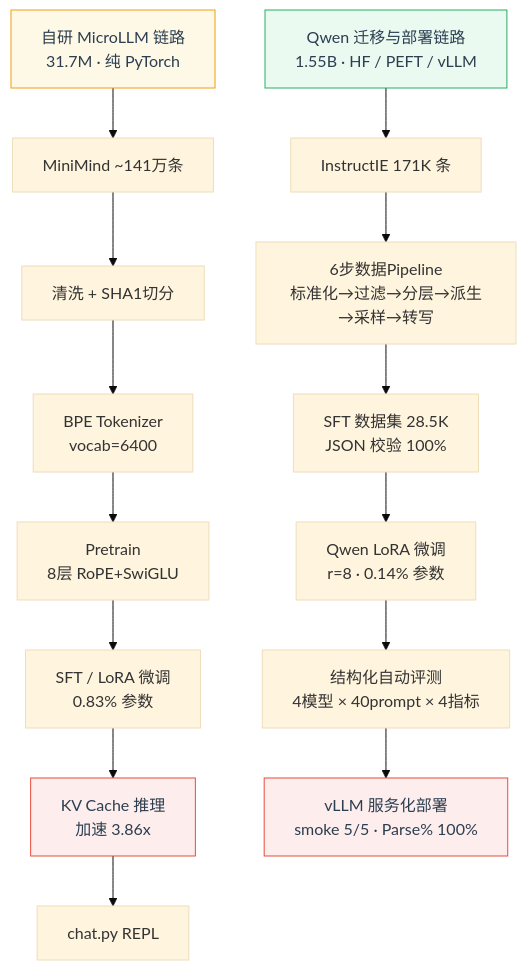
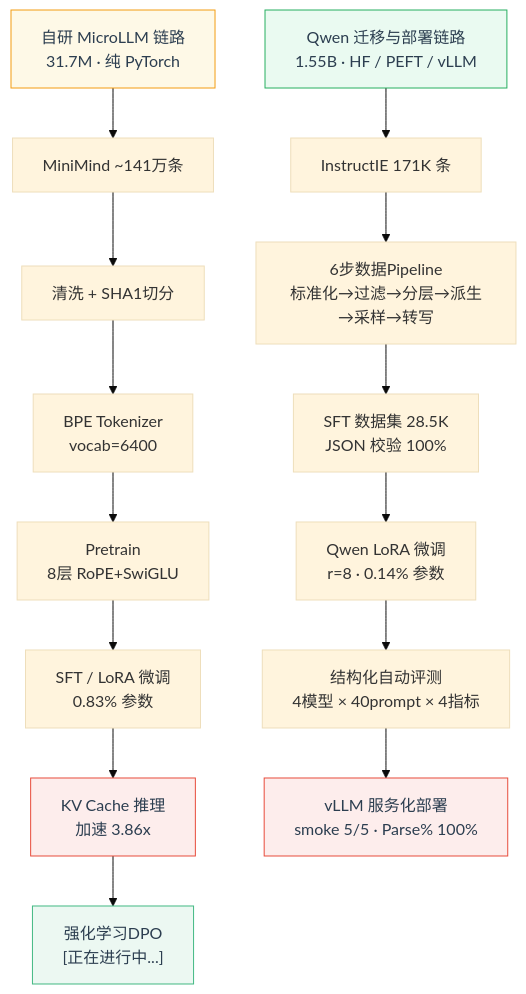
One commit to ReadNULL/MicroLLM changed the diagram in README.md. Above: the diagram before and after it, drawn with Mermaid (base theme). The commit also changed other lines of this file, not shown here.

````diff
--- a/README.md
+++ b/README.md
@@ -23,25 +28,26 @@
 ```mermaid
 flowchart TB
     A["自研 MicroLLM 链路<br/>31.7M · 纯 PyTorch"]
     B["Qwen 迁移与部署链路<br/>1.55B · HF / PEFT / vLLM"]
 
     A --> A1["MiniMind ~141万条"]
     A1 --> A2["清洗 + SHA1切分"]
     A2 --> A3["BPE Tokenizer<br/>vocab=6400"]
     A3 --> A4["Pretrain<br/>8层 RoPE+SwiGLU"]
     A4 --> A5["SFT / LoRA 微调<br/>0.83% 参数"]
     A5 --> A6["KV Cache 推理<br/>加速 3.86x"]
-    A6 --> A7["chat.py REPL"]
+    A6 --> A7["强化学习DPO<br/>[正在进行中...]"]
 
     B --> B1["InstructIE 171K 条"]
     B1 --> B2["6步数据Pipeline<br/>标准化→过滤→分层→派生→采样→转写"]
     B2 --> B3["SFT 数据集 28.5K<br/>JSON 校验 100%"]
     B3 --> B4["Qwen LoRA 微调<br/>r=8 · 0.14% 参数"]
     B4 --> B5["结构化自动评测<br/>4模型 × 40prompt × 4指标"]
     B5 --> B6["vLLM 服务化部署<br/>smoke 5/5 · Parse% 100%"]
 
     style A fill:#fef9e7,stroke:#f39c12,color:#2c3e50
     style B fill:#eafaf1,stroke:#27ae60,color:#2c3e50
     style A6 fill:#fdedec,stroke:#e74c3c,color:#2c3e50
+    style A7 fill:#ECF8F2,stroke:#42B983,color:#2c3e50
     style B6 fill:#fdedec,stroke:#e74c3c,color:#2c3e50
 ```
````
